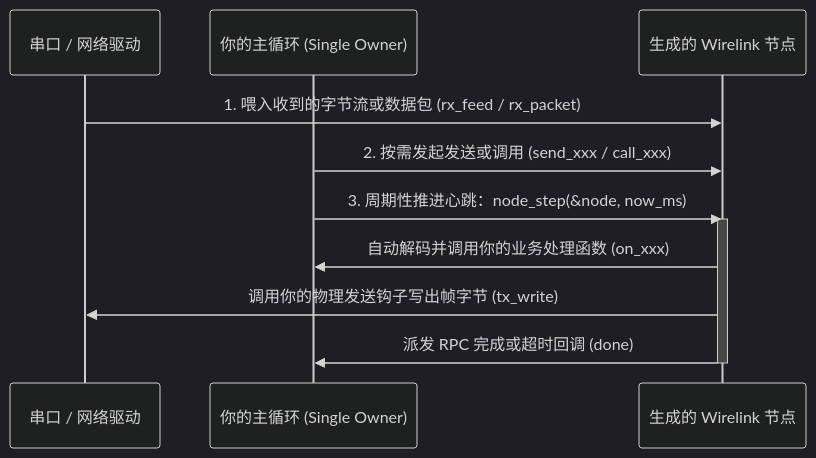
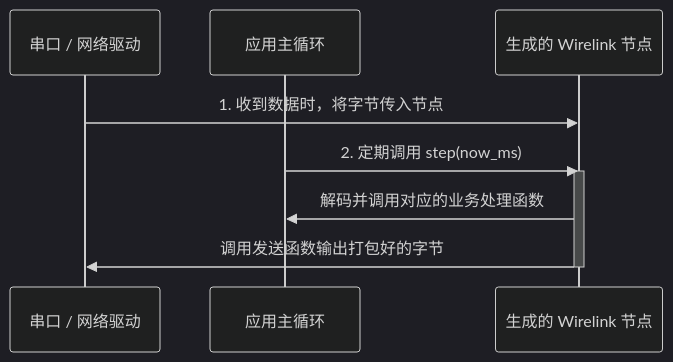
The second of 2 diagrams in site/src/content/docs/zh-cn/overview/what-is-wirelink.mdx (starwey604/wirelink), drawn with Mermaid (dark theme) before and after one commit. The commit also changed other lines of this file and 5 other files, not shown here.

````diff
--- a/site/src/content/docs/zh-cn/overview/what-is-wirelink.mdx
+++ b/site/src/content/docs/zh-cn/overview/what-is-wirelink.mdx
@@ -65,15 +62,13 @@
 ```mermaid
 sequenceDiagram
   participant HW as 串口 / 网络驱动
-  participant App as 你的主循环 (Single Owner)
-  participant Node as 生成的 Wirelink 节点
+  participant App as 应用主循环
+  participant WL as 生成的 Wirelink 节点
 
-  HW->>Node: 1. 喂入收到的字节流或数据包 (rx_feed / rx_packet)
-  App->>Node: 2. 按需发起发送或调用 (send_xxx / call_xxx)
-  App->>Node: 3. 周期性推进心跳：node_step(&node, now_ms)
-  activate Node
-  Node->>App: 自动解码并调用你的业务处理函数 (on_xxx)
-  Node->>HW: 调用你的物理发送钩子写出帧字节 (tx_write)
-  Node->>App: 派发 RPC 完成或超时回调 (done)
-  deactivate Node
+  HW->>WL: 1. 收到数据时，将字节传入节点
+  App->>WL: 2. 定期调用 step(now_ms)
+  activate WL
+  WL->>App: 解码并调用对应的业务处理函数
+  WL->>HW: 调用发送函数输出打包好的字节
+  deactivate WL
 ```
````
